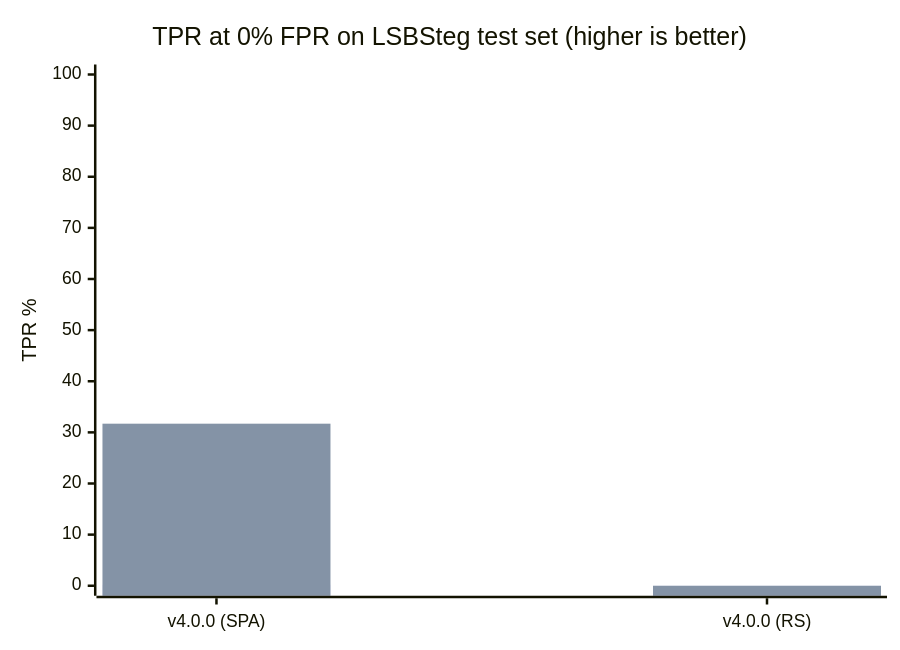
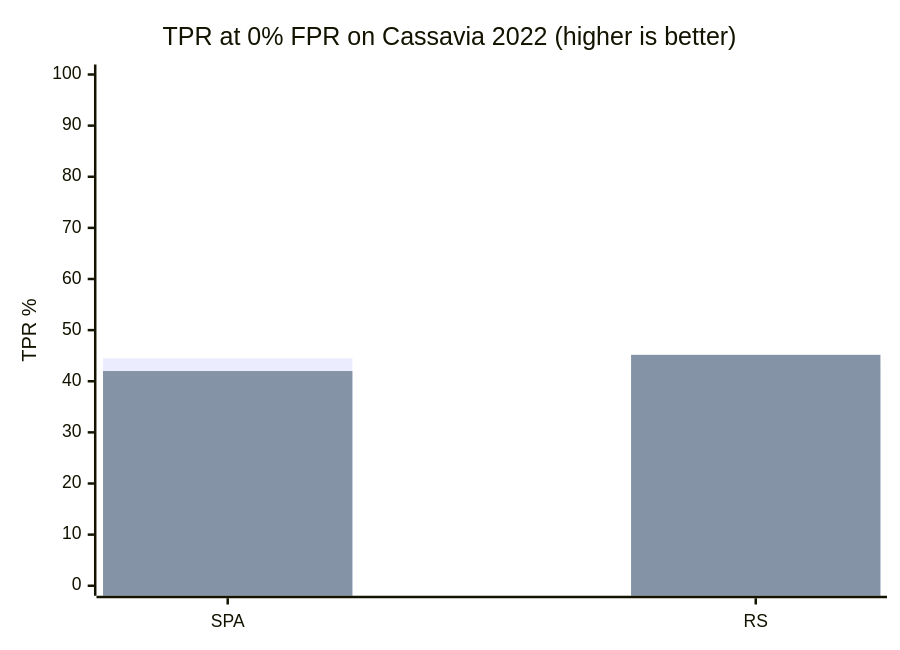
Before and after one commit to The-Malware-Files/Stegcore: the diagram in README.md, drawn with Mermaid. The commit also changed other lines of this file and 3 other files, not shown here.

````diff
--- a/README.md
+++ b/README.md
@@ -206,8 +209,8 @@
 ```mermaid
 xychart-beta
-    title "TPR at 0% FPR on LSBSteg test set (higher is better)"
-    x-axis ["v4.0.0 (SPA)", "v4.0.0 (RS)"]
+    title "TPR at 0% FPR on Cassavia 2022 (higher is better)"
+    x-axis ["SPA", "RS"]
     y-axis "TPR %" 0 --> 100
-    bar [0.2, 0]
-    bar [31.7, 0]
+    bar [44.50, 42.17]
+    bar [42.00, 45.17]
 ```
````
